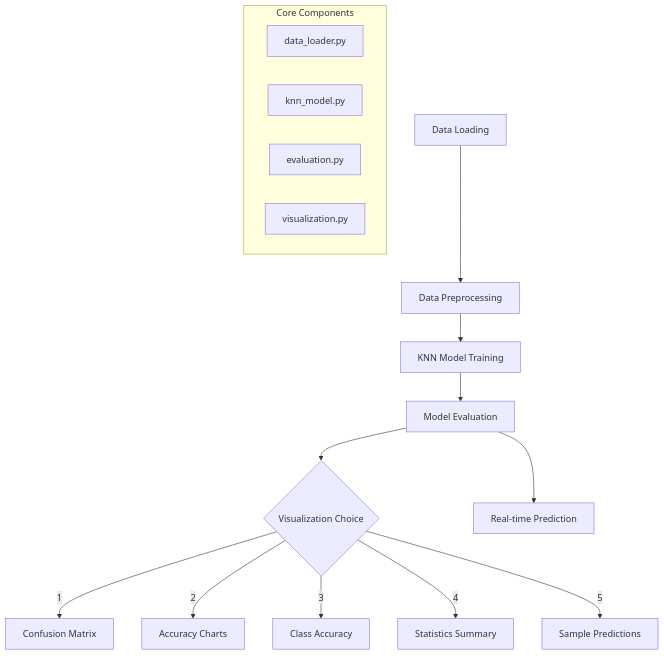
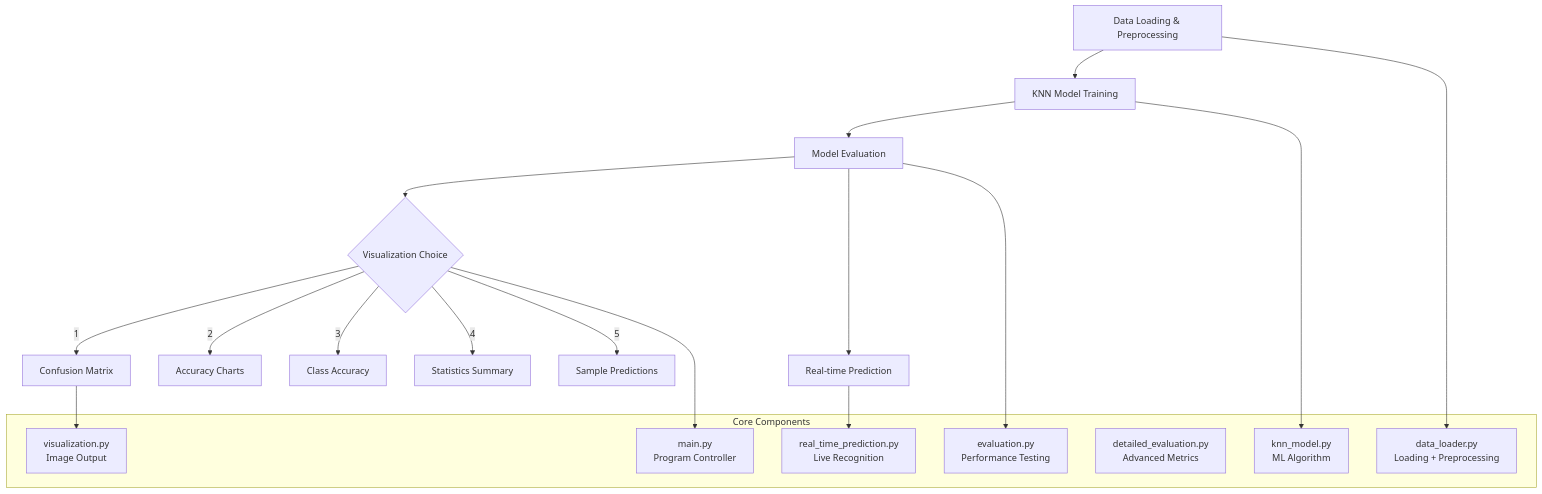
The diagram in README.md (drngominhtu/ComputerVision_ExaminarProject), drawn with Mermaid before and after one commit. The commit also changed other lines of this file, not shown here.

Commit message:
mod readme.md

````diff
--- a/README.md
+++ b/README.md
@@ -26,20 +26,29 @@
 ```mermaid
 graph TD
-    A[Data Loading] --> B[Data Preprocessing]
-    B --> C[KNN Model Training]
-    C --> D[Model Evaluation]
-    D --> E{Visualization Choice}
-    E -->|1| F[Confusion Matrix]
-    E -->|2| G[Accuracy Charts]
-    E -->|3| H[Class Accuracy]
-    E -->|4| I[Statistics Summary]
-    E -->|5| J[Sample Predictions]
-    D --> K[Real-time Prediction]
+    A[Data Loading & Preprocessing] --> B[KNN Model Training]
+    B --> C[Model Evaluation]
+    C --> D{Visualization Choice}
+    D -->|1| E[Confusion Matrix]
+    D -->|2| F[Accuracy Charts]
+    D -->|3| G[Class Accuracy]
+    D -->|4| H[Statistics Summary]
+    D -->|5| I[Sample Predictions]
+    C --> J[Real-time Prediction]
     
     subgraph "Core Components"
-        L[data_loader.py]
-        M[knn_model.py]
-        N[evaluation.py]
-        O[visualization.py]
+        K[data_loader.py<br/>Loading + Preprocessing]
+        L[knn_model.py<br/>ML Algorithm]
+        M[evaluation.py<br/>Performance Testing]
+        N[visualization.py<br/>Image Output]
+        O[detailed_evaluation.py<br/>Advanced Metrics]
+        P[real_time_prediction.py<br/>Live Recognition]
+        Q[main.py<br/>Program Controller]
     end
+    
+    A --> K
+    B --> L
+    C --> M
+    E --> N
+    J --> P
+    D --> Q
 ```
````
